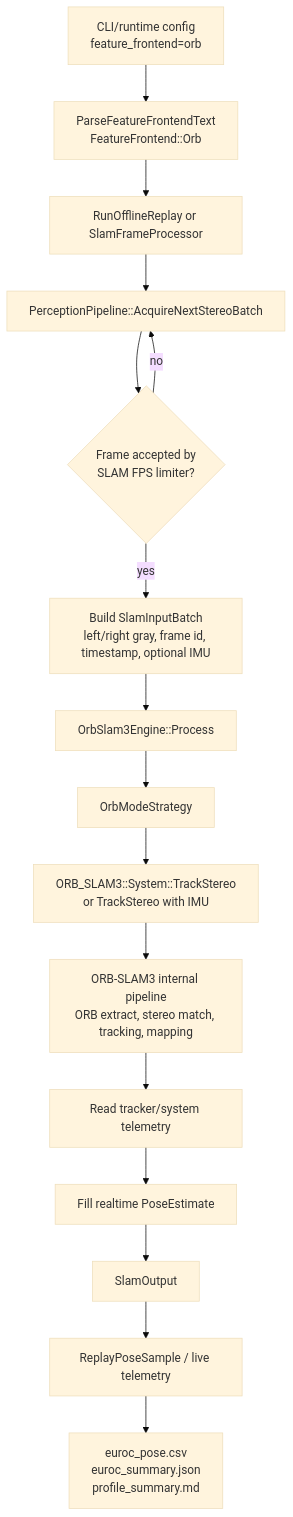
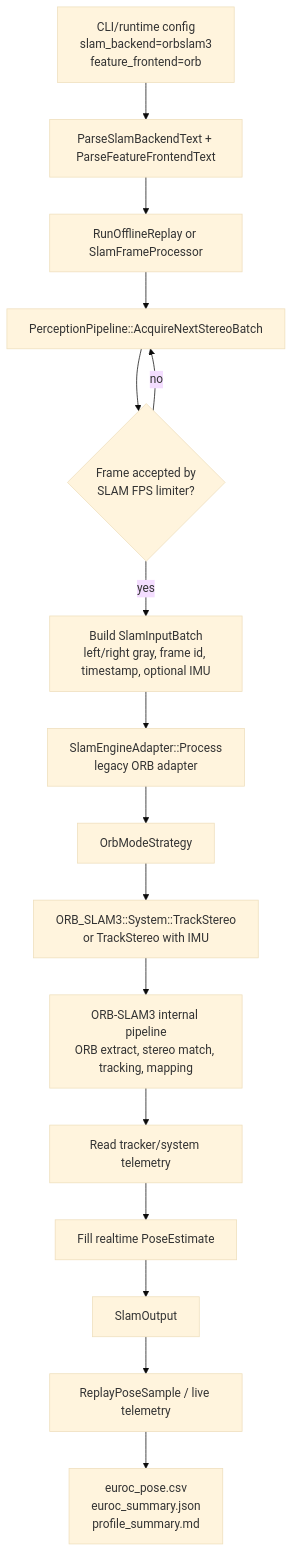
One commit to litingzhang/SmartDrone changed the first of 4 diagrams in docs/orb_mode_flow.md. Above: the diagram before and after it, drawn with Mermaid (base theme). The commit also changed other lines of this file and 356 other files, not shown here.

Commit message:
Refactor SLAM backends and absorb ORB-SLAM3 modules

````diff
--- a/docs/orb_mode_flow.md
+++ b/docs/orb_mode_flow.md
@@ -9,18 +9,18 @@
 ```mermaid
 flowchart TD
-    A[CLI/runtime config<br/>feature_frontend=orb] --> B[ParseFeatureFrontendText<br/>FeatureFrontend::Orb]
+    A[CLI/runtime config<br/>slam_backend=orbslam3<br/>feature_frontend=orb] --> B[ParseSlamBackendText + ParseFeatureFrontendText]
     B --> C[RunOfflineReplay or SlamFrameProcessor]
     C --> D[PerceptionPipeline::AcquireNextStereoBatch]
     D --> E{Frame accepted by<br/>SLAM FPS limiter?}
     E -- no --> D
     E -- yes --> F[Build SlamInputBatch<br/>left/right gray, frame id, timestamp, optional IMU]
-    F --> G[OrbSlam3Engine::Process]
+    F --> G[SlamEngineAdapter::Process<br/>legacy ORB adapter]
     G --> H[OrbModeStrategy]
     H --> I[ORB_SLAM3::System::TrackStereo<br/>or TrackStereo with IMU]
     I --> J[ORB-SLAM3 internal pipeline<br/>ORB extract, stereo match, tracking, mapping]
     J --> K[Read tracker/system telemetry]
     K --> L[Fill realtime PoseEstimate]
     L --> M[SlamOutput]
     M --> N[ReplayPoseSample / live telemetry]
     N --> O[euroc_pose.csv<br/>euroc_summary.json<br/>profile_summary.md]
 ```
````
